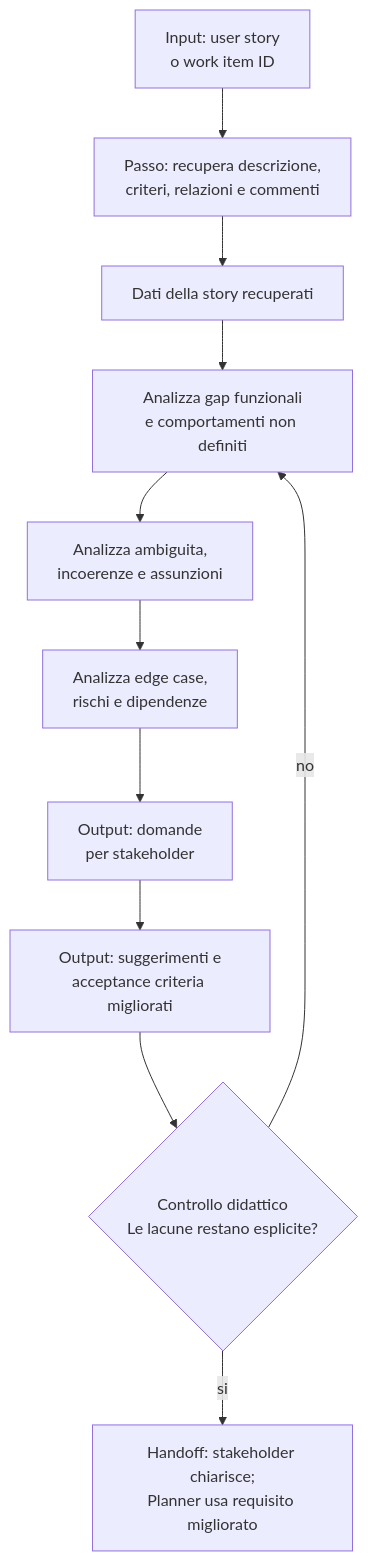
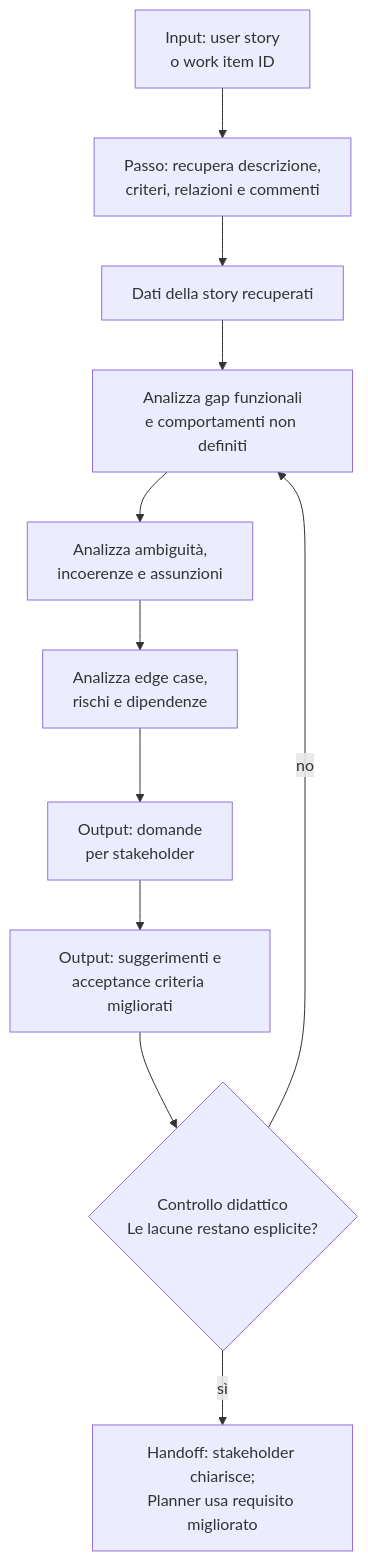
Before and after one commit to violabg/agentic-system-lessons: the diagram in role-maps/skills/user-story-analysis.md, drawn with Mermaid. The commit also changed other lines of this file and 51 other files, not shown here.

````diff
--- a/role-maps/skills/user-story-analysis.md
+++ b/role-maps/skills/user-story-analysis.md
@@ -15,13 +17,13 @@
 ```mermaid
 flowchart TD
     Story[Input: user story<br/>o work item ID] --> Retrieve[Passo: recupera descrizione,<br/>criteri, relazioni e commenti]
     Retrieve --> Evidence[Dati della story recuperati]
     Evidence --> Gaps[Analizza gap funzionali<br/>e comportamenti non definiti]
-    Gaps --> Ambiguity[Analizza ambiguita,<br/>incoerenze e assunzioni]
+    Gaps --> Ambiguity[Analizza ambiguità,<br/>incoerenze e assunzioni]
     Ambiguity --> Scenarios[Analizza edge case,<br/>rischi e dipendenze]
     Scenarios --> Questions[Output: domande<br/>per stakeholder]
     Questions --> Improve[Output: suggerimenti e<br/>acceptance criteria migliorati]
     Improve --> G1{Controllo didattico<br/>Le lacune restano esplicite?}
     G1 -->|no| Gaps
-    G1 -->|si| Handoff[Handoff: stakeholder chiarisce;<br/>Planner usa requisito migliorato]
+    G1 -->|sì| Handoff[Handoff: stakeholder chiarisce;<br/>Planner usa requisito migliorato]
 ```
````
